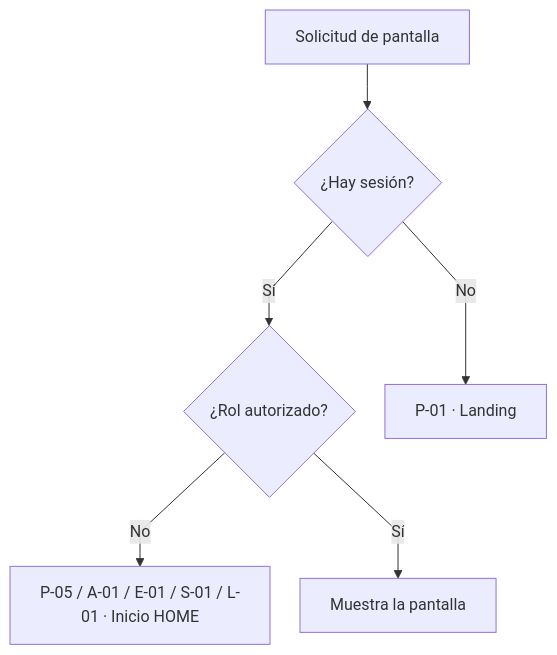
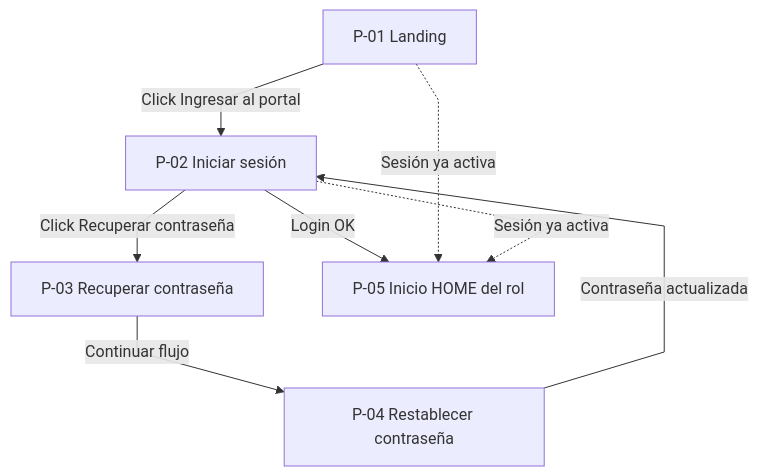
One commit to julioacostapallud/tss changed the fifth of 5 diagrams in docs/diagrama-navegacion.md. Above: the diagram before and after it, drawn with Mermaid. The commit also changed other lines of this file, not shown here.

````diff
--- a/docs/diagrama-navegacion.md
+++ b/docs/diagrama-navegacion.md
@@ -201,16 +308,17 @@
 ```mermaid
-%%{init: {'flowchart': {'curve': 'linear', 'nodeSpacing': 30, 'rankSpacing': 45}}}%%
+%%{init: {'flowchart': {'curve': 'linear', 'nodeSpacing': 32, 'rankSpacing': 48}}}%%
 flowchart TD
-  IN["Solicitud de pantalla"]
-  SES{"¿Hay sesión?"}
-  ROL{"¿Rol autorizado?"}
-  OK["Muestra la pantalla"]
-  P01b["P-01 · Landing"]
-  A01b["P-05 / A-01 / E-01 / S-01 / L-01 · Inicio HOME"]
+  P01["P-01 Landing"]
+  P02["P-02 Iniciar sesión"]
+  P03["P-03 Recuperar contraseña"]
+  P04["P-04 Restablecer contraseña"]
+  P05["P-05 Inicio HOME del rol"]
 
-  IN --> SES
-  SES -->|No| P01b
-  SES -->|Sí| ROL
-  ROL -->|No| A01b
-  ROL -->|Sí| OK
+  P01 -->|Click Ingresar al portal| P02
+  P02 -->|Login OK| P05
+  P02 -->|Click Recuperar contraseña| P03
+  P03 -->|Continuar flujo| P04
+  P04 -->|Contraseña actualizada| P02
+  P01 -.->|Sesión ya activa| P05
+  P02 -.->|Sesión ya activa| P05
 ```
````
